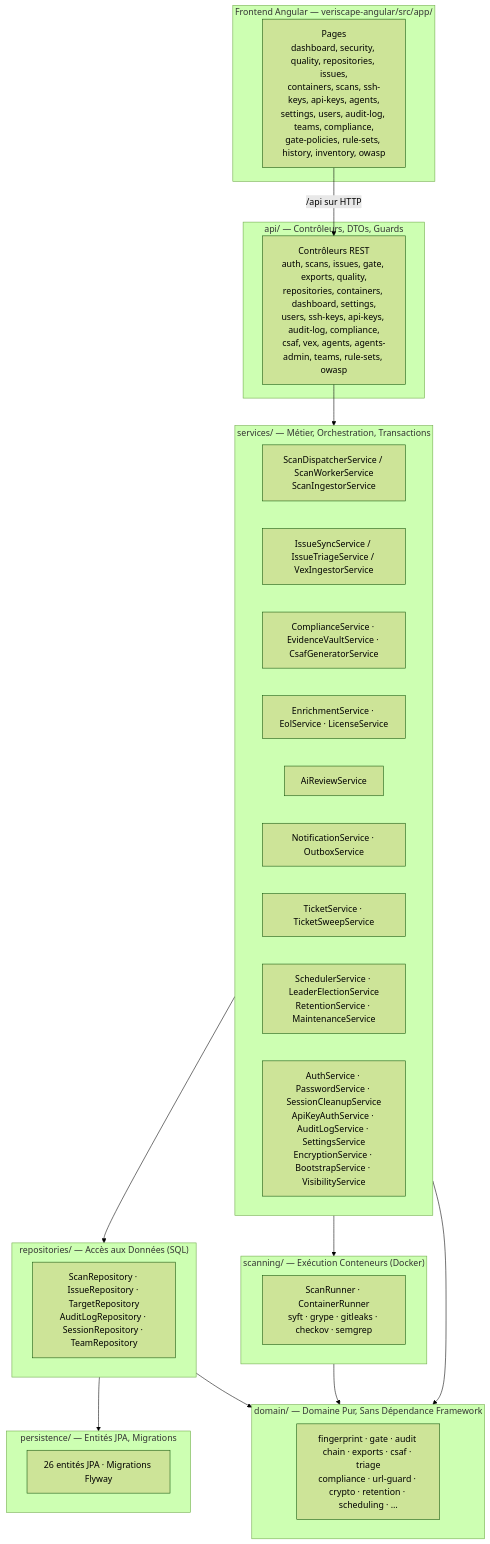
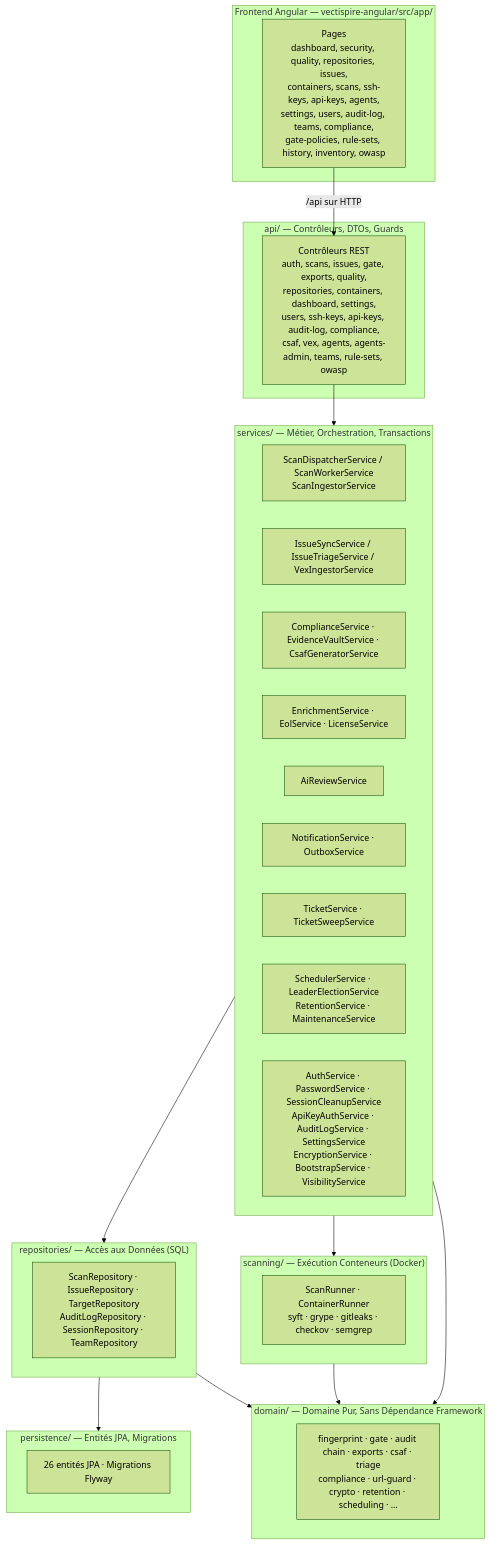
Before and after one commit to asmolabs/vectispire: the diagram in docs/fr/TECHNICAL_DOCUMENTATION.fr.md, drawn with Mermaid (forest theme). The commit also changed other lines of this file and 837 other files, not shown here.

Commit message:
refactor: migrate project structure from veriscape to vectispire and update documentation

````diff
--- a/docs/fr/TECHNICAL_DOCUMENTATION.fr.md
+++ b/docs/fr/TECHNICAL_DOCUMENTATION.fr.md
@@ -21,47 +21,47 @@
 ```mermaid
 flowchart TB
-    subgraph front["Frontend Angular — veriscape-angular/src/app/"]
+    subgraph front["Frontend Angular — vectispire-angular/src/app/"]
         Pages["Pages<br/>dashboard, security, quality, repositories, issues,<br/>containers, scans, ssh-keys, api-keys, agents,<br/>settings, users, audit-log, teams, compliance,<br/>gate-policies, rule-sets, history, inventory, owasp"]
     end
 
     subgraph api["api/ — Contrôleurs, DTOs, Guards"]
         Routes["Contrôleurs REST<br/>auth, scans, issues, gate, exports, quality,<br/>repositories, containers, dashboard, settings,<br/>users, ssh-keys, api-keys, audit-log, compliance,<br/>csaf, vex, agents, agents-admin, teams, rule-sets, owasp"]
     end
 
     subgraph services["services/ — Métier, Orchestration, Transactions"]
         Scan["ScanDispatcherService / ScanWorkerService<br/>ScanIngestorService"]
         Issue["IssueSyncService / IssueTriageService / VexIngestorService"]
         Comp["ComplianceService · EvidenceVaultService · CsafGeneratorService"]
         Enrich["EnrichmentService · EolService · LicenseService"]
         Ai["AiReviewService"]
         Notify["NotificationService · OutboxService"]
         Ticket["TicketService · TicketSweepService"]
         Ops["SchedulerService · LeaderElectionService<br/>RetentionService · MaintenanceService"]
         Auth["AuthService · PasswordService · SessionCleanupService<br/>ApiKeyAuthService · AuditLogService · SettingsService<br/>EncryptionService · BootstrapService · VisibilityService"]
     end
 
     subgraph repos["repositories/ — Accès aux Données (SQL)"]
         R["ScanRepository · IssueRepository · TargetRepository<br/>AuditLogRepository · SessionRepository · TeamRepository"]
     end
 
     subgraph persistence["persistence/ — Entités JPA, Migrations"]
         Ent["26 entités JPA · Migrations Flyway"]
     end
 
     subgraph domain["domain/ — Domaine Pur, Sans Dépendance Framework"]
         D["fingerprint · gate · audit chain · exports · csaf · triage<br/>compliance · url-guard · crypto · retention · scheduling · …"]
     end
 
     subgraph scanning["scanning/ — Exécution Conteneurs (Docker)"]
         S["ScanRunner · ContainerRunner<br/>syft · grype · gitleaks · checkov · semgrep"]
     end
 
     Pages -->|"/api sur HTTP"| Routes
     Routes --> services
     services --> repos
     repos --> persistence
     services --> scanning
     services --> domain
     repos --> domain
     scanning --> domain
 ```
````
